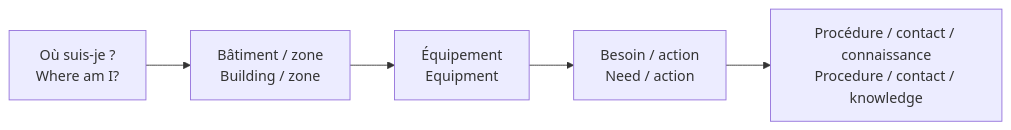
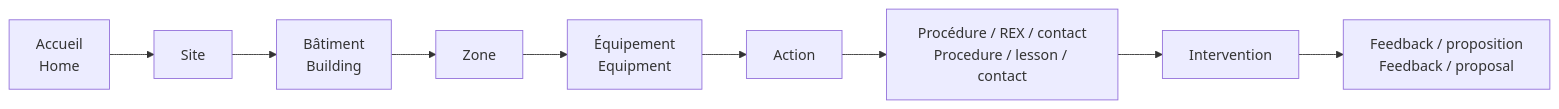
One commit to jeffersonkuku/jefferson-Mawapanga-Saku changed the first of 2 diagrams in projects/building-operations-hub/docs/USER_JOURNEY.md. Above: the diagram before and after it, drawn with Mermaid. The commit also changed other lines of this file and 8 other files, not shown here.

````diff
--- a/projects/building-operations-hub/docs/USER_JOURNEY.md
+++ b/projects/building-operations-hub/docs/USER_JOURNEY.md
@@ -5,7 +7,11 @@
 ```mermaid
 flowchart LR
-    A[Où suis-je ?<br/>Where am I?] --> B[Bâtiment / zone<br/>Building / zone]
-    B --> C[Équipement<br/>Equipment]
-    C --> D[Besoin / action<br/>Need / action]
-    D --> E[Procédure / contact / connaissance<br/>Procedure / contact / knowledge]
+    A[Accueil<br/>Home] --> B[Site]
+    B --> C[Bâtiment<br/>Building]
+    C --> D[Zone]
+    D --> E[Équipement<br/>Equipment]
+    E --> F[Action]
+    F --> G[Procédure / REX / contact<br/>Procedure / lesson / contact]
+    G --> H[Intervention]
+    H --> I[Feedback / proposition<br/>Feedback / proposal]
 ```
````
